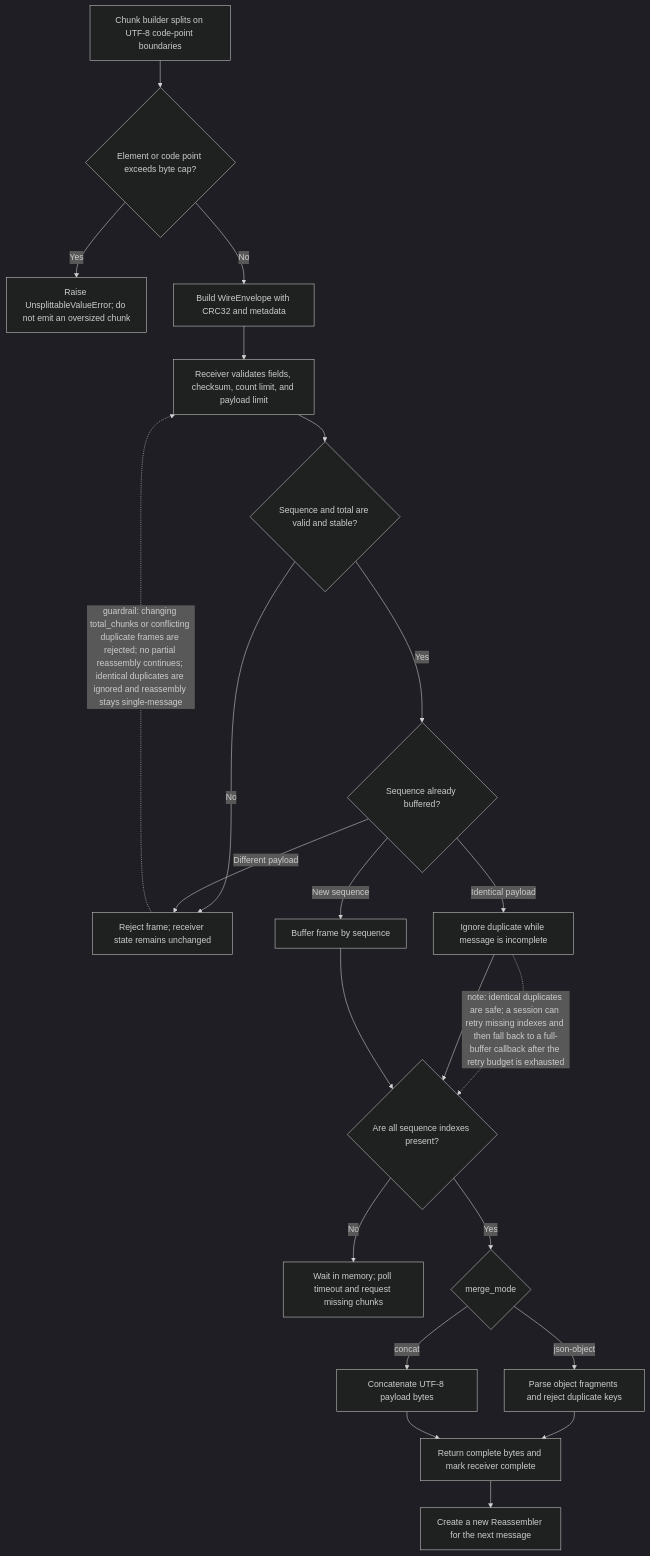
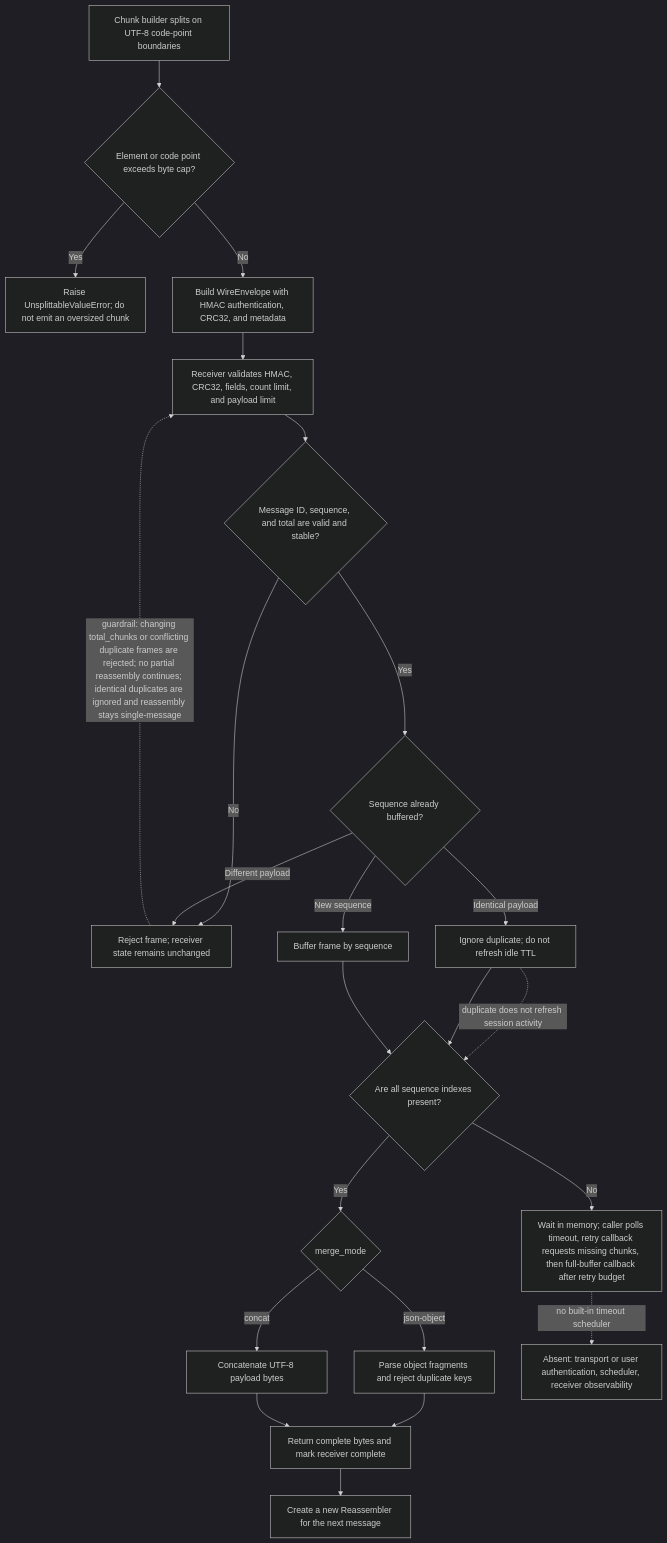
One commit to Hrithikesh-Computer/production-agentic-ai changed the diagram in diagrams/adaptive-response-delivery/failure-recovery.mmd. Above: the diagram before and after it, drawn with Mermaid (dark theme). The commit also changed 2 other files, not shown here.

```diff
--- a/diagrams/adaptive-response-delivery/failure-recovery.mmd
+++ b/diagrams/adaptive-response-delivery/failure-recovery.mmd
@@ -1,22 +1,23 @@
 flowchart TD
     A[Chunk builder splits on UTF-8 code-point boundaries] --> B{Element or code point exceeds byte cap?}
     B -->|Yes| C[Raise UnsplittableValueError; do not emit an oversized chunk]
-    B -->|No| D[Build WireEnvelope with CRC32 and metadata]
-    D --> E[Receiver validates fields, checksum, count limit, and payload limit]
-    E --> F{Sequence and total are valid and stable?}
+    B -->|No| D[Build WireEnvelope with HMAC authentication, CRC32, and metadata]
+    D --> E[Receiver validates HMAC, CRC32, fields, count limit, and payload limit]
+    E --> F{Message ID, sequence, and total are valid and stable?}
     F -->|No| G[Reject frame; receiver state remains unchanged]
     F -->|Yes| H{Sequence already buffered?}
-    H -->|Identical payload| I[Ignore duplicate while message is incomplete]
+    H -->|Identical payload| I[Ignore duplicate; do not refresh idle TTL]
     H -->|Different payload| G
     G -. guardrail: changing total_chunks or conflicting duplicate frames are rejected; no partial reassembly continues; identical duplicates are ignored and reassembly stays single-message .-> E
-    I -. note: identical duplicates are safe; a session can retry missing indexes and then fall back to a full-buffer callback after the retry budget is exhausted .-> K
+    I -. duplicate does not refresh session activity .-> K
     H -->|New sequence| J[Buffer frame by sequence]
     I --> K{Are all sequence indexes present?}
     J --> K
-    K -->|No| L[Wait in memory; poll timeout and request missing chunks]
+    K -->|No| L[Wait in memory; caller polls timeout, retry callback requests missing chunks, then full-buffer callback after retry budget]
     K -->|Yes| M{merge_mode}
     M -->|json-object| N[Parse object fragments and reject duplicate keys]
     M -->|concat| O[Concatenate UTF-8 payload bytes]
     N --> P[Return complete bytes and mark receiver complete]
     O --> P
     P --> Q[Create a new Reassembler for the next message]
+    L -. no built-in timeout scheduler .-> R[Absent: transport or user authentication, scheduler, receiver observability]
```
